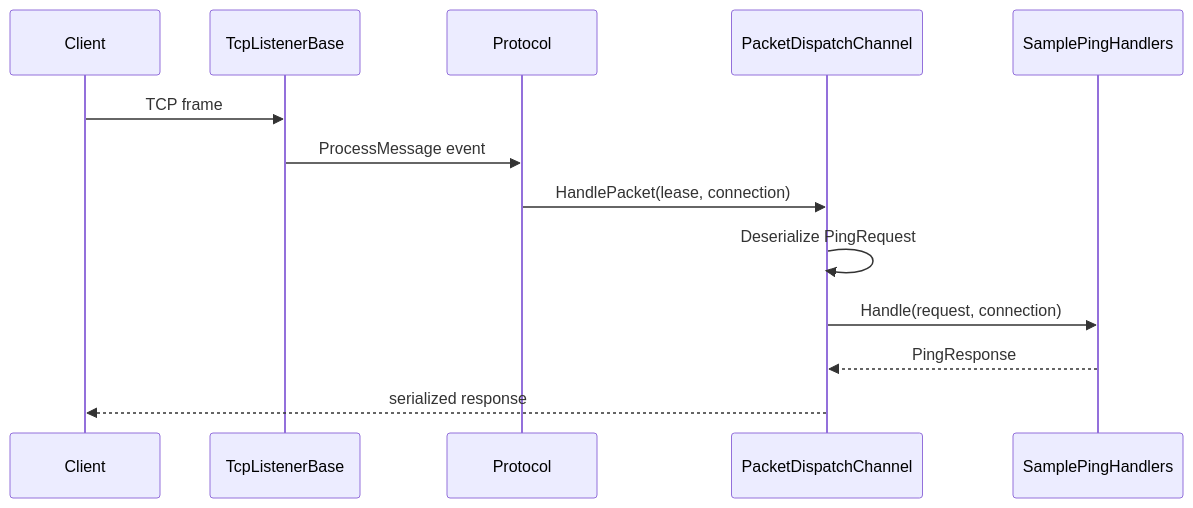
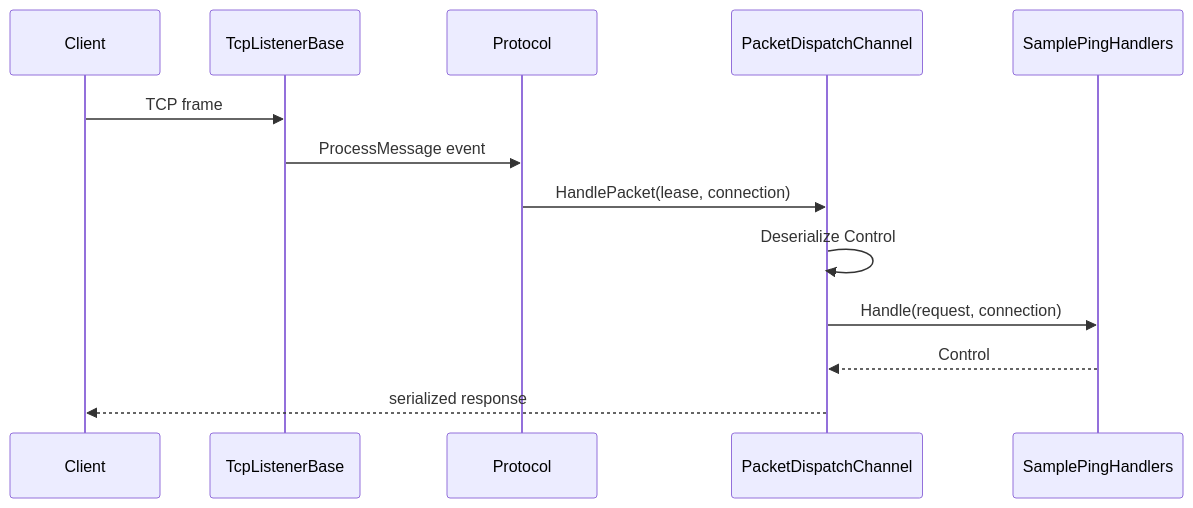
The diagram in docs/guides/tcp-request-response.md (ppn-systems/nalix-docs), drawn with Mermaid before and after one commit. The commit also changed other lines of this file and 30 other files, not shown here.

````diff
--- a/docs/guides/tcp-request-response.md
+++ b/docs/guides/tcp-request-response.md
@@ -106,16 +99,16 @@
 ```mermaid
 sequenceDiagram
     participant Client
     participant Listener as TcpListenerBase
     participant Protocol as Protocol
     participant Dispatch as PacketDispatchChannel
     participant Handler as SamplePingHandlers
 
     Client->>Listener: TCP frame
     Listener->>Protocol: ProcessMessage event
     Protocol->>Dispatch: HandlePacket(lease, connection)
-    Dispatch->>Dispatch: Deserialize PingRequest
+    Dispatch->>Dispatch: Deserialize Control
     Dispatch->>Handler: Handle(request, connection)
-    Handler-->>Dispatch: PingResponse
+    Handler-->>Dispatch: Control
     Dispatch-->>Client: serialized response
 ```
````
